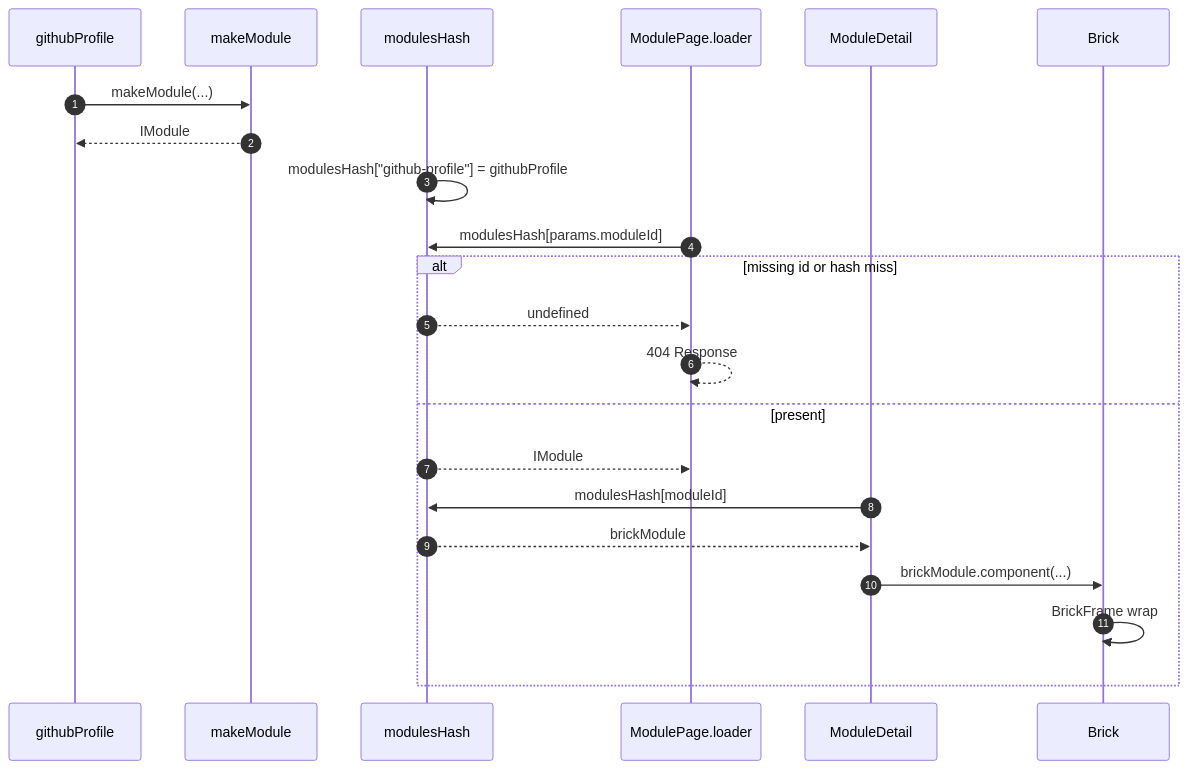
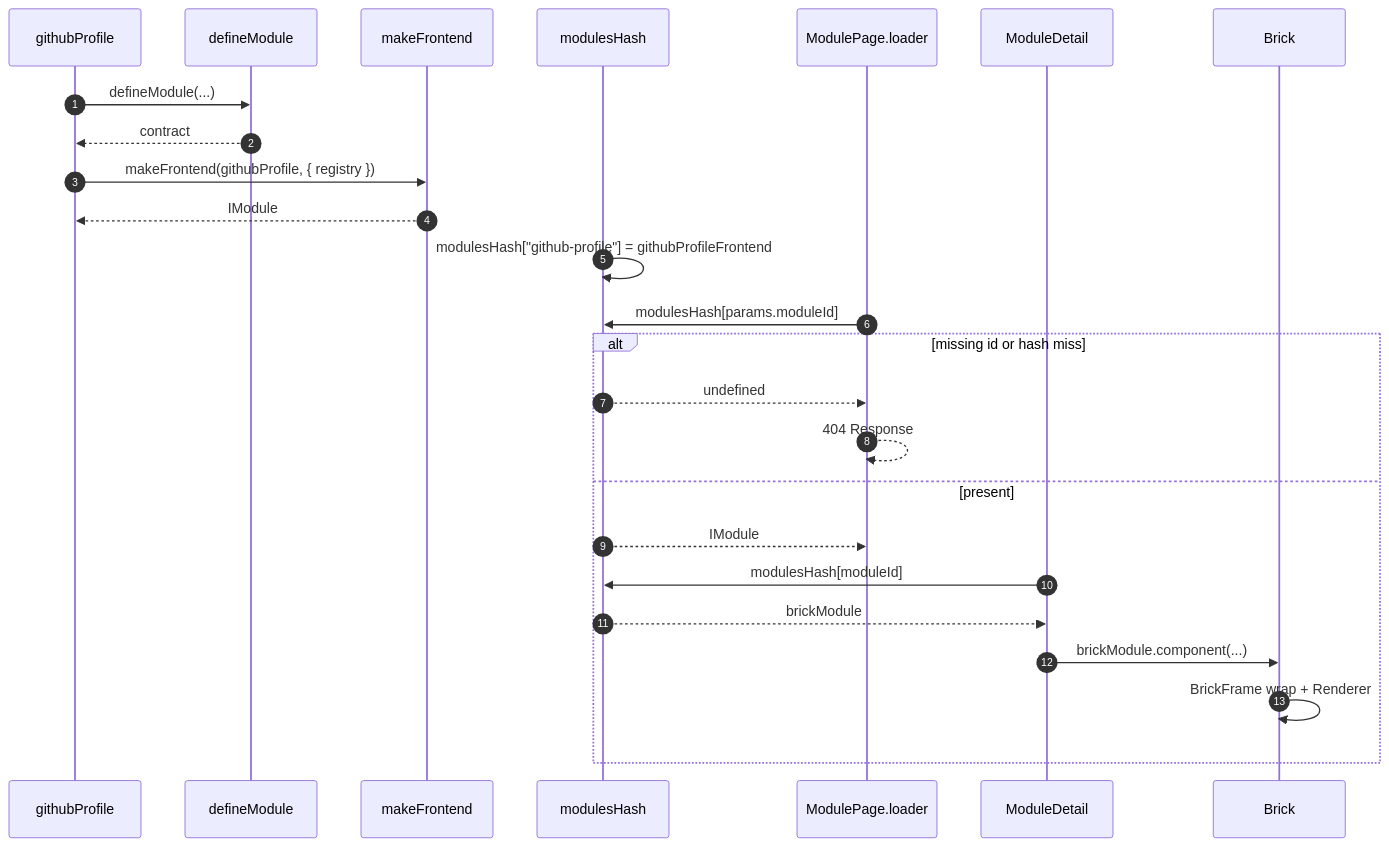
Before and after one commit to morgs32/qrk.sh: the diagram in wiki/architecture/BrickModule.md, drawn with Mermaid. The commit also changed other lines of this file and 57 other files, not shown here.

````diff
--- a/wiki/architecture/BrickModule.md
+++ b/wiki/architecture/BrickModule.md
@@ -45,35 +54,40 @@
 ```mermaid
 sequenceDiagram
   participant githubProfile
-  participant makeModule
+  participant defineModule
+  participant makeFrontend
   participant modulesHash
   participant ModulePage_loader as ModulePage.loader
   participant ModuleDetail
   participant Brick
 
   autonumber 1
-  githubProfile->>makeModule: makeModule(...)
+  githubProfile->>defineModule: defineModule(...)
   autonumber 2
-  makeModule-->>githubProfile: IModule
+  defineModule-->>githubProfile: contract
   autonumber 3
-  modulesHash->>modulesHash: modulesHash["github-profile"] = githubProfile
+  githubProfile->>makeFrontend: makeFrontend(githubProfile, { registry })
   autonumber 4
+  makeFrontend-->>githubProfile: IModule
+  autonumber 5
+  modulesHash->>modulesHash: modulesHash["github-profile"] = githubProfileFrontend
+  autonumber 6
   ModulePage_loader->>modulesHash: modulesHash[params.moduleId]
   alt missing id or hash miss
-    autonumber 5
+    autonumber 7
     modulesHash-->>ModulePage_loader: undefined
-    autonumber 6
+    autonumber 8
     ModulePage_loader-->>ModulePage_loader: 404 Response
   else present
-    autonumber 7
+    autonumber 9
     modulesHash-->>ModulePage_loader: IModule
-    autonumber 8
+    autonumber 10
     ModuleDetail->>modulesHash: modulesHash[moduleId]
-    autonumber 9
+    autonumber 11
     modulesHash-->>ModuleDetail: brickModule
-    autonumber 10
+    autonumber 12
     ModuleDetail->>Brick: brickModule.component(...)
-    autonumber 11
-    Brick->>Brick: BrickFrame wrap
+    autonumber 13
+    Brick->>Brick: BrickFrame wrap + Renderer
   end
 ```
````
